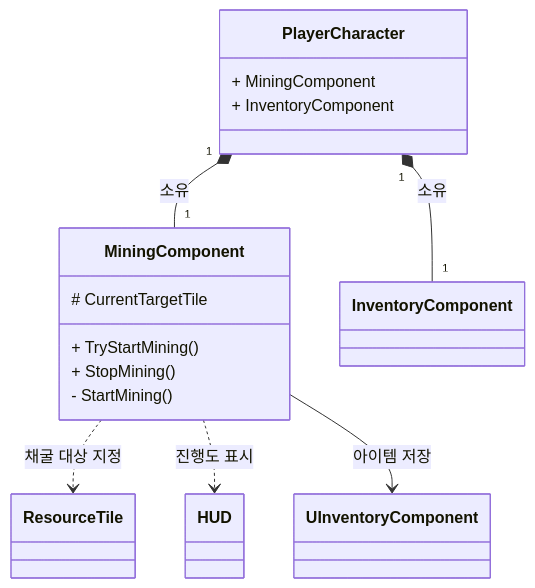
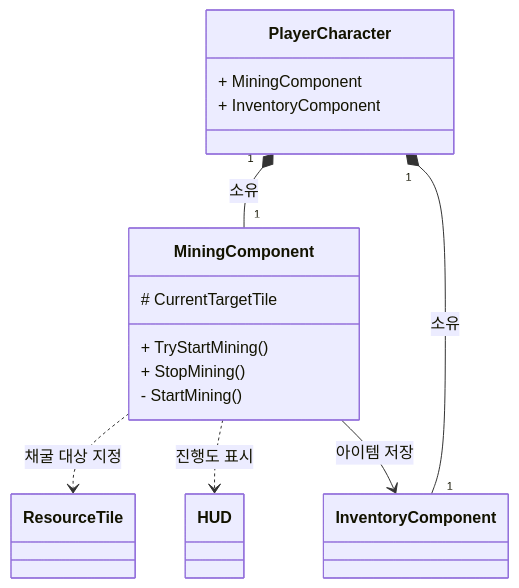
Before and after one commit to WJMcode/MBFactorio: the first of 3 diagrams in README.md, drawn with Mermaid.

````diff
--- a/README.md
+++ b/README.md
@@ -1,35 +1,35 @@
 ```mermaid
 classDiagram
     direction TB
 
     class PlayerCharacter {
         + MiningComponent
         + InventoryComponent
     }
 
     class MiningComponent {
         + TryStartMining()
         + StopMining()
         - StartMining()
         # CurrentTargetTile
     }
     
     class HUD {
     }
 
     class ResourceTile {
     }
 
     class InventoryComponent {
 
     }
 
     %%
     PlayerCharacter "1" *-- "1" MiningComponent : 소유
     PlayerCharacter "1" *-- "1" InventoryComponent : 소유
 
     MiningComponent ..> ResourceTile : 채굴 대상 지정
     MiningComponent ..> HUD : 진행도 표시
     
-    MiningComponent --> UInventoryComponent : 아이템 저장
+    MiningComponent --> InventoryComponent : 아이템 저장
 ```
````
